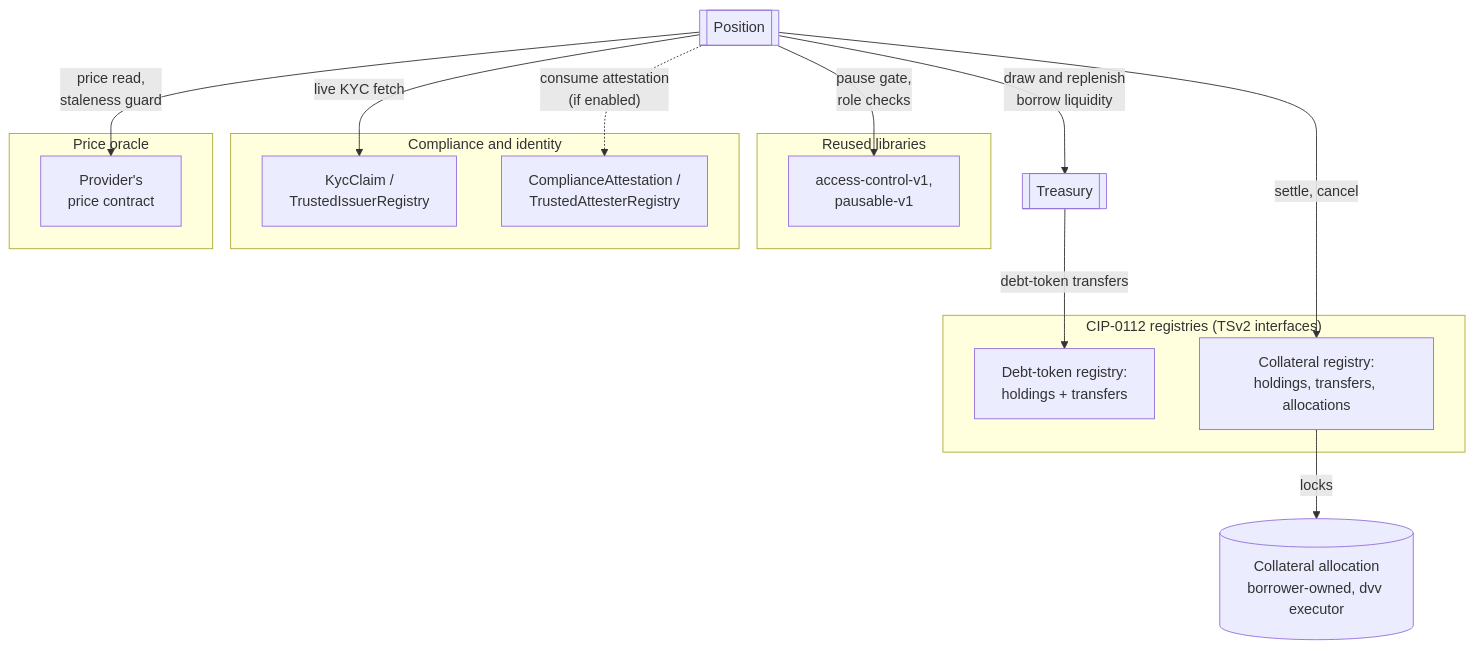
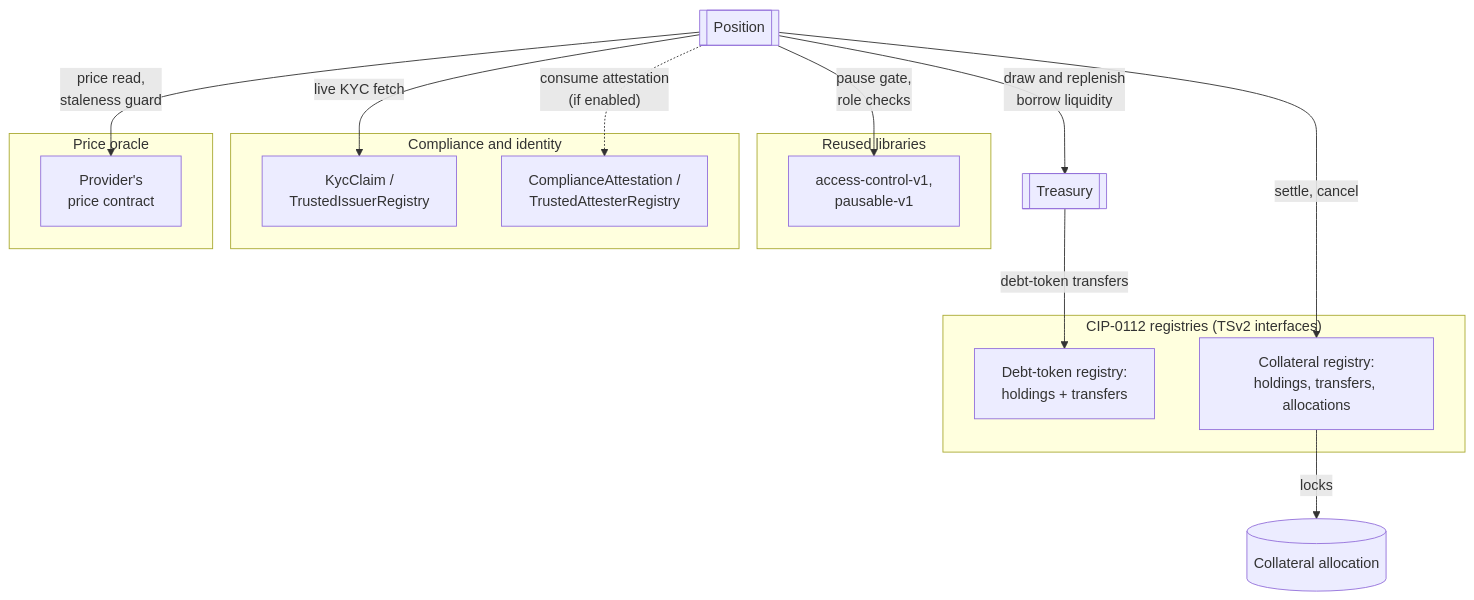
The second of 9 diagrams in docs/reference-architectures/lending.md (OpenZeppelin/canton-specs), drawn with Mermaid before and after one commit. The commit also changed other lines of this file, not shown here.

````diff
--- a/docs/reference-architectures/lending.md
+++ b/docs/reference-architectures/lending.md
@@ -156,33 +157,33 @@
 ```mermaid
 flowchart TB
     Position[["Position"]]
     Treasury[["Treasury"]]
-    Collateral[("Collateral allocation<br/>borrower-owned, dvv executor")]
+    Collateral[("Collateral allocation")]
 
     subgraph Libraries["Reused libraries"]
         Gov["access-control-v1,<br/>pausable-v1"]
     end
 
     subgraph Identity["Compliance and identity"]
         Kyc["KycClaim /<br/>TrustedIssuerRegistry"]
         Att["ComplianceAttestation /<br/>TrustedAttesterRegistry"]
     end
 
     subgraph Rail["CIP-0112 registries (TSv2 interfaces)"]
         Debt["Debt-token registry:<br/>holdings + transfers"]
         Coll["Collateral registry:<br/>holdings, transfers, allocations"]
     end
 
     subgraph Price["Price oracle"]
         Oracle["Provider's<br/>price contract"]
     end
 
     Position -->|"price read,<br/>staleness guard"| Oracle
     Position -->|"pause gate,<br/>role checks"| Gov
     Position -->|"live KYC fetch"| Kyc
     Position -->|"draw and replenish<br/>borrow liquidity"| Treasury
     Treasury -->|"debt-token transfers"| Debt
     Position -.->|"consume attestation<br/>(if enabled)"| Att
     Position -->|"settle, cancel"| Coll
     Coll -->|"locks"| Collateral
 ```
````
